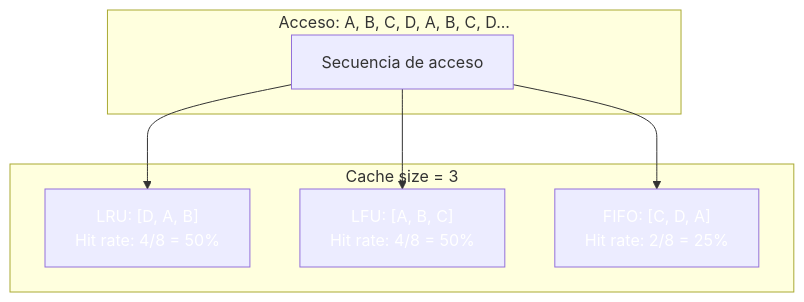
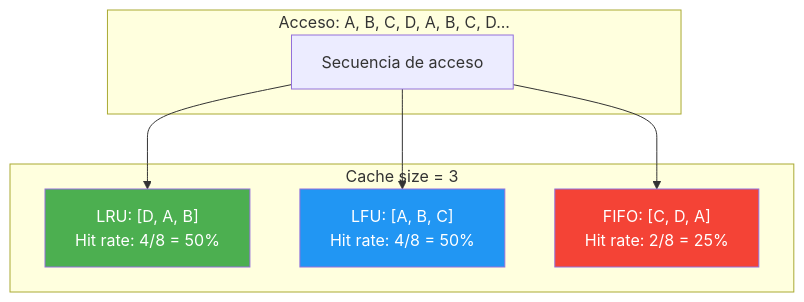
Before and after one commit to joseluisgs/DesarrolloWebEntornosServidor-02-2026-2027: the sixth of 17 diagrams in 14-cache-redis.md, drawn with Mermaid. The commit also changed other lines of this file, not shown here.

````diff
--- a/14-cache-redis.md
+++ b/14-cache-redis.md
@@ -222,14 +227,14 @@
 ```mermaid
 flowchart TD
     subgraph "Acceso: A, B, C, D, A, B, C, D..."
         S["Secuencia de acceso"]
     end
     subgraph "Cache size = 3"
         S --> LRU["LRU: [D, A, B]<br/>Hit rate: 4/8 = 50%"]
         S --> LFU["LFU: [A, B, C]<br/>Hit rate: 4/8 = 50%"]
         S --> FIFO["FIFO: [C, D, A]<br/>Hit rate: 2/8 = 25%"]
     end
-    style LRU fill:#4CAF5,color:#fff0,color:#fff
-    style LFU fill:#2196F,color:#fff3,color:#fff
-    style FIFO fill:#F4433,color:#fff6,color:#fff
+    style LRU fill:#4CAF50,color:#fff
+    style LFU fill:#2196F3,color:#fff
+    style FIFO fill:#F44336,color:#fff
 ```
````
